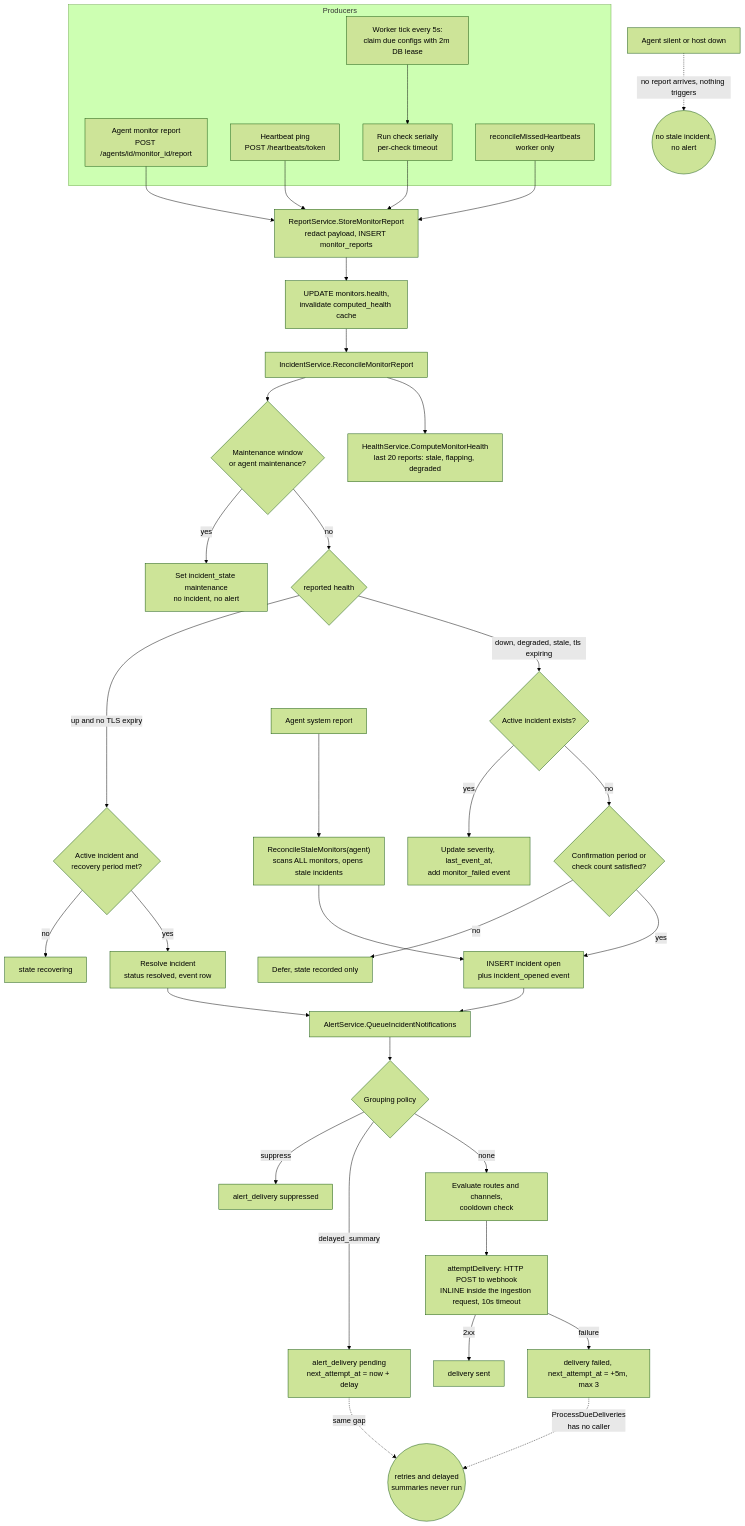
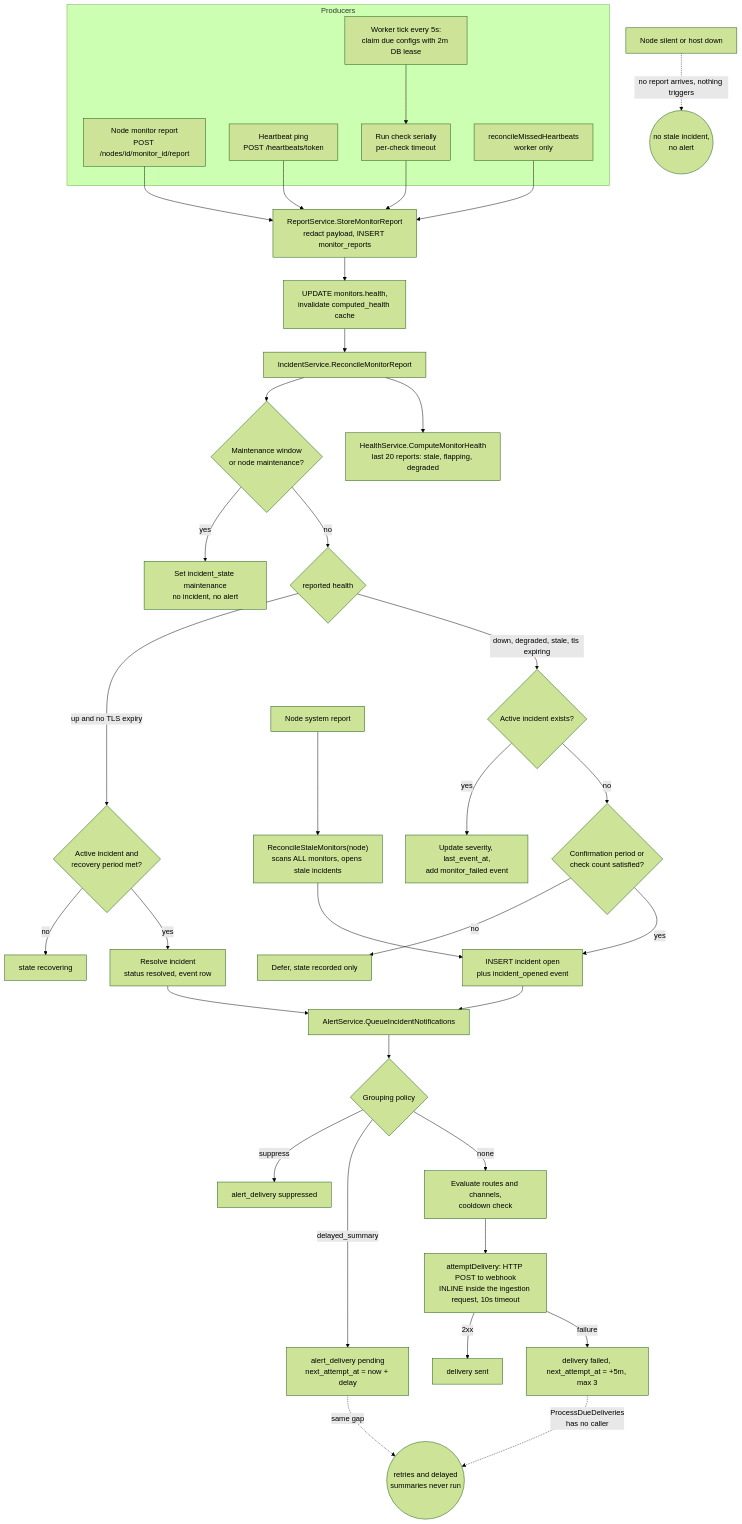
Before and after one commit to sunday-studio/orion: the third of 6 diagrams in docs/architecture/backend-architecture.md, drawn with Mermaid (forest theme). The commit also changed other lines of this file and 815 other files, not shown here.

First line of the commit message:
refactor(repo): rename agent to node, mechanical part

````diff
--- a/docs/architecture/backend-architecture.md
+++ b/docs/architecture/backend-architecture.md
@@ -142,51 +142,51 @@
 ```mermaid
 flowchart TD
   subgraph Producers
-    AGM["Agent monitor report<br/>POST /agents/id/monitor_id/report"]
+    AGM["Node monitor report<br/>POST /nodes/id/monitor_id/report"]
     WRKR["Worker tick every 5s:<br/>claim due configs with 2m DB lease"]
     HBP["Heartbeat ping<br/>POST /heartbeats/token"]
     RUN["Run check serially<br/>per-check timeout"]
     MISS["reconcileMissedHeartbeats<br/>worker only"]
     WRKR --> RUN
   end
 
   AGM --> STORE
   RUN --> STORE
   HBP --> STORE
   MISS --> STORE
 
   STORE["ReportService.StoreMonitorReport<br/>redact payload, INSERT monitor_reports"]
   STORE --> UPD["UPDATE monitors.health,<br/>invalidate computed_health cache"]
   UPD --> REC["IncidentService.ReconcileMonitorReport"]
 
-  REC --> MAINT{"Maintenance window<br/>or agent maintenance?"}
+  REC --> MAINT{"Maintenance window<br/>or node maintenance?"}
   MAINT -- yes --> SUP["Set incident_state maintenance<br/>no incident, no alert"]
   MAINT -- no --> HEALTH{"reported health"}
   HEALTH -- "up and no TLS expiry" --> RECOV{"Active incident and<br/>recovery period met?"}
   RECOV -- no --> RECG["state recovering"]
   RECOV -- yes --> RESOLVE["Resolve incident<br/>status resolved, event row"]
   HEALTH -- "down, degraded, stale, tls expiring" --> ACT{"Active incident exists?"}
   ACT -- yes --> UPDI["Update severity, last_event_at,<br/>add monitor_failed event"]
   ACT -- no --> CONF{"Confirmation period or<br/>check count satisfied?"}
   CONF -- no --> DEF["Defer, state recorded only"]
   CONF -- yes --> OPEN["INSERT incident open<br/>plus incident_opened event"]
 
   OPEN --> QUEUE["AlertService.QueueIncidentNotifications"]
   RESOLVE --> QUEUE
   QUEUE --> GRP{"Grouping policy"}
   GRP -- suppress --> SUPD["alert_delivery suppressed"]
   GRP -- delayed_summary --> SUMD["alert_delivery pending<br/>next_attempt_at = now + delay"]
   GRP -- none --> ROUTES["Evaluate routes and channels,<br/>cooldown check"]
   ROUTES --> SEND["attemptDelivery: HTTP POST to webhook<br/>INLINE inside the ingestion request, 10s timeout"]
   SEND -- 2xx --> SENT["delivery sent"]
   SEND -- failure --> FAILED["delivery failed, next_attempt_at = +5m, max 3"]
 
   FAILED -. "ProcessDueDeliveries<br/>has no caller" .-> DEAD(("retries and delayed<br/>summaries never run"))
   SUMD -. "same gap" .-> DEAD
 
   REC --> HC["HealthService.ComputeMonitorHealth<br/>last 20 reports: stale, flapping, degraded"]
 
-  AGR["Agent system report"] --> STALE["ReconcileStaleMonitors(agent)<br/>scans ALL monitors, opens stale incidents"]
+  AGR["Node system report"] --> STALE["ReconcileStaleMonitors(node)<br/>scans ALL monitors, opens stale incidents"]
   STALE --> OPEN
-  NOAGENT["Agent silent or host down"] -. "no report arrives, nothing triggers" .-> GAP(("no stale incident,<br/>no alert"))
+  NONODE["Node silent or host down"] -. "no report arrives, nothing triggers" .-> GAP(("no stale incident,<br/>no alert"))
 ```
````
